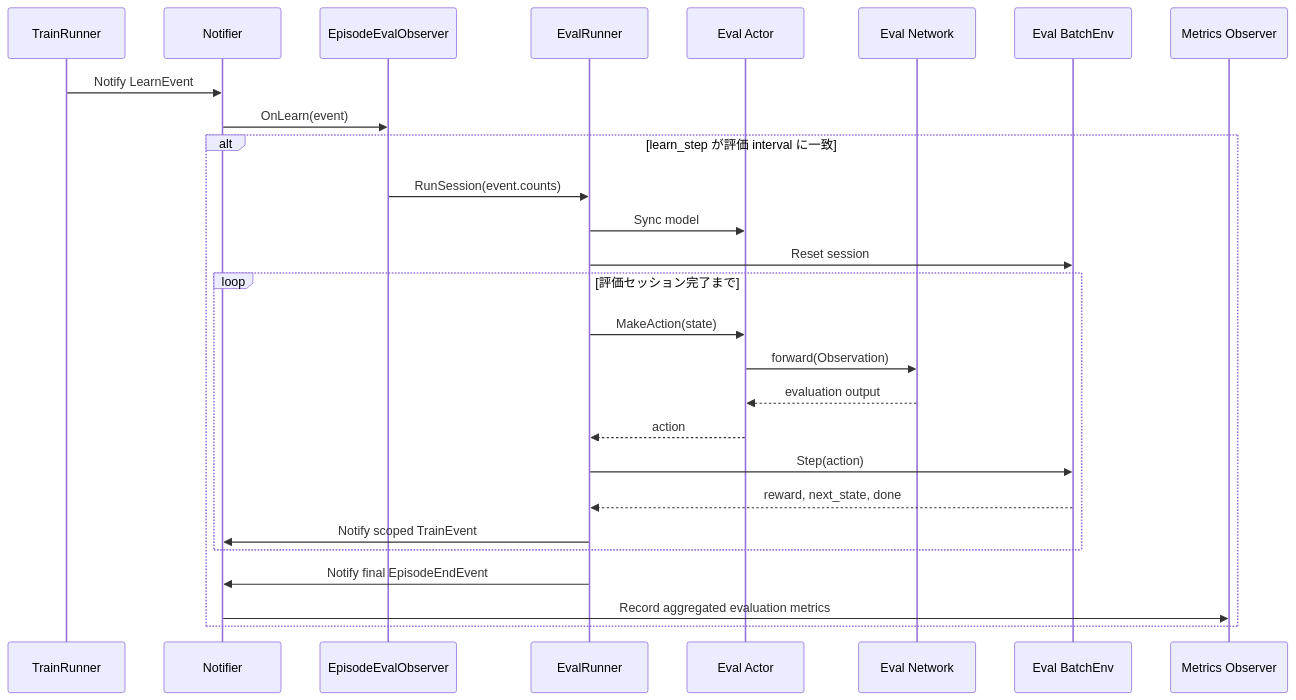
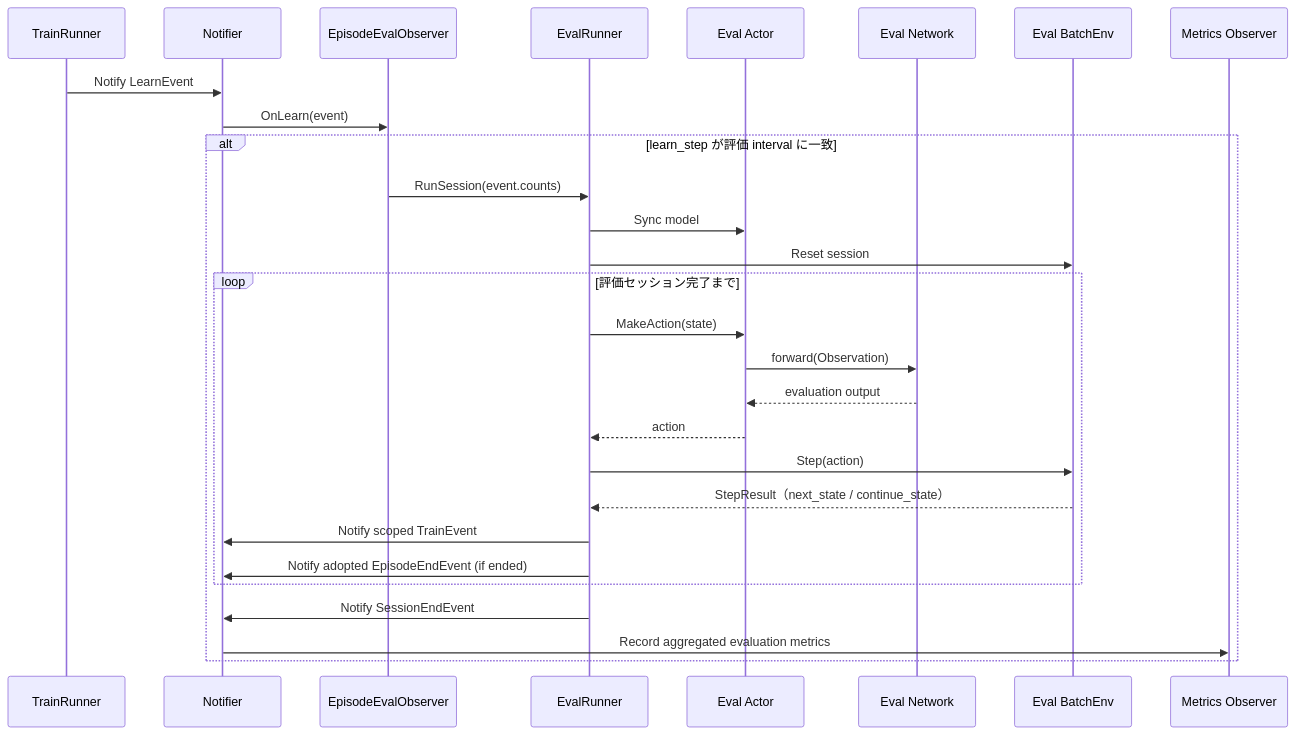
Before and after one commit to kazukin123/anet-lab: the third of 3 diagrams in docs/design/010_framework_overview.jp.md, drawn with Mermaid. The commit also changed other lines of this file and 66 other files, not shown here.

````diff
--- a/docs/design/010_framework_overview.jp.md
+++ b/docs/design/010_framework_overview.jp.md
@@ -298,30 +298,31 @@
 ```mermaid
 sequenceDiagram
     participant TR as TrainRunner
     participant N as Notifier
     participant EO as EpisodeEvalObserver
     participant ER as EvalRunner
     participant EA as Eval Actor
     participant EN as Eval Network
     participant EE as Eval BatchEnv
     participant MO as Metrics Observer
 
     TR->>N: Notify LearnEvent
     N->>EO: OnLearn(event)
     alt learn_step が評価 interval に一致
         EO->>ER: RunSession(event.counts)
         ER->>EA: Sync model
         ER->>EE: Reset session
         loop 評価セッション完了まで
             ER->>EA: MakeAction(state)
             EA->>EN: forward(Observation)
             EN-->>EA: evaluation output
             EA-->>ER: action
             ER->>EE: Step(action)
-            EE-->>ER: reward, next_state, done
+            EE-->>ER: StepResult（next_state / continue_state）
             ER->>N: Notify scoped TrainEvent
+            ER->>N: Notify adopted EpisodeEndEvent (if ended)
         end
-        ER->>N: Notify final EpisodeEndEvent
+        ER->>N: Notify SessionEndEvent
         N->>MO: Record aggregated evaluation metrics
     end
 ```
````
